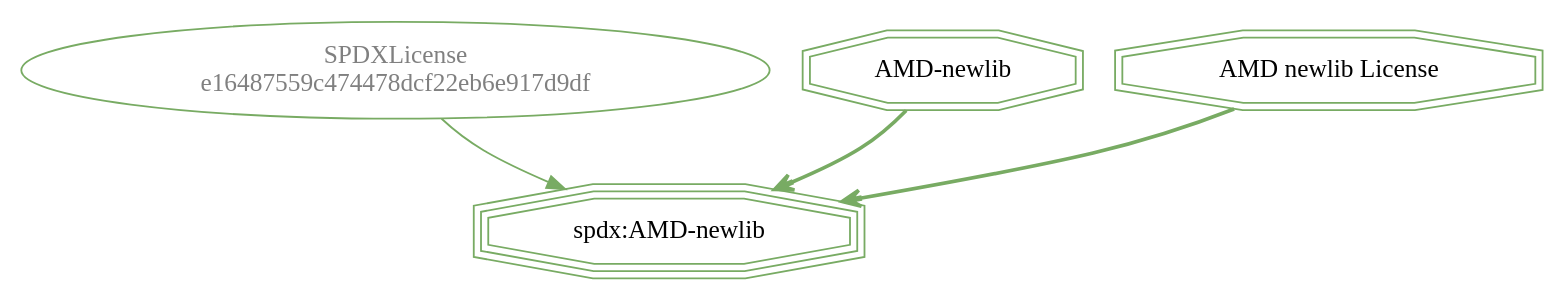
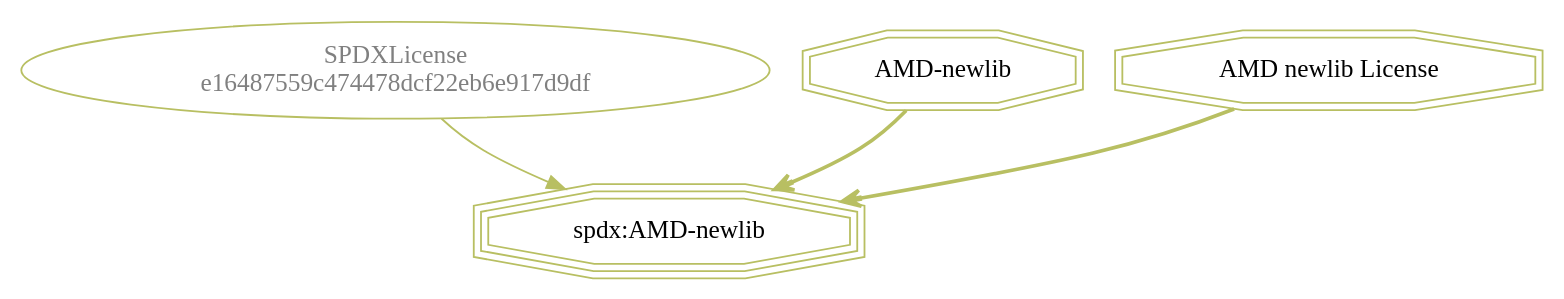
Before and after one commit to maxhbr/LDBcollector: the diagram in spdx/AMD-newlib.dot, drawn with Graphviz. The commit also changed 3605 other files, not shown here.

```diff
--- a/spdx/AMD-newlib.dot
+++ b/spdx/AMD-newlib.dot
@@ -1,28 +1,28 @@
 strict digraph {
     node [shape=box];
     graph [splines=curved];
-    113 [label="SPDXLicense\ne16487559c474478dcf22eb6e917d9df"
+    106 [label="SPDXLicense\ne16487559c474478dcf22eb6e917d9df"
         ,fontcolor=gray
-        ,color="#78ab63"
+        ,color="#b8bf62"
         ,fillcolor="beige;1"
         ,shape=ellipse];
-    114 [label="spdx:AMD-newlib"
-        ,color="#78ab63"
+    107 [label="spdx:AMD-newlib"
+        ,color="#b8bf62"
         ,shape=tripleoctagon];
-    115 [label="AMD-newlib"
-        ,color="#78ab63"
+    108 [label="AMD-newlib"
+        ,color="#b8bf62"
         ,shape=doubleoctagon];
-    116 [label="AMD newlib License"
-        ,color="#78ab63"
+    109 [label="AMD newlib License"
+        ,color="#b8bf62"
         ,shape=doubleoctagon];
-    113 -> 114 [weight=0.5
-               ,color="#78ab63"];
-    115 -> 114 [style=bold
+    106 -> 107 [weight=0.5
+               ,color="#b8bf62"];
+    108 -> 107 [style=bold
                ,arrowhead=vee
                ,weight=0.7
-               ,color="#78ab63"];
-    116 -> 114 [style=bold
+               ,color="#b8bf62"];
+    109 -> 107 [style=bold
                ,arrowhead=vee
                ,weight=0.7
-               ,color="#78ab63"];
+               ,color="#b8bf62"];
 }
```
